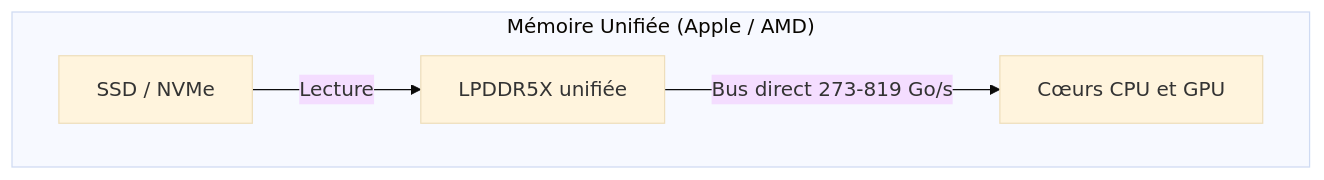
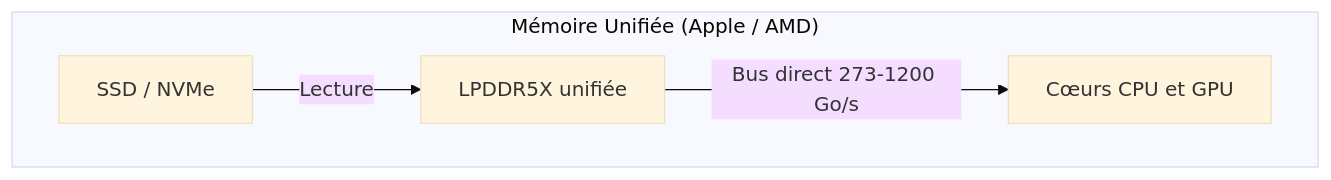
The second of 2 diagrams in 02-materiel/apu-and-unified-memory.md (DamienBecherini/ia-on-prem-vault), drawn with Mermaid (base theme) before and after one commit. The commit also changed other lines of this file and 34 other files, not shown here.

````diff
--- a/02-materiel/apu-and-unified-memory.md
+++ b/02-materiel/apu-and-unified-memory.md
@@ -77,7 +79,7 @@
 ```mermaid
 graph TD
     subgraph "Mémoire Unifiée (Apple / AMD)"
         E[SSD / NVMe] -->|Lecture| F[LPDDR5X unifiée]
-        F -->|Bus direct 273-819 Go/s| G[Cœurs CPU et GPU]
+        F -->|Bus direct 273-1200 Go/s| G[Cœurs CPU et GPU]
     end
 ```
````
